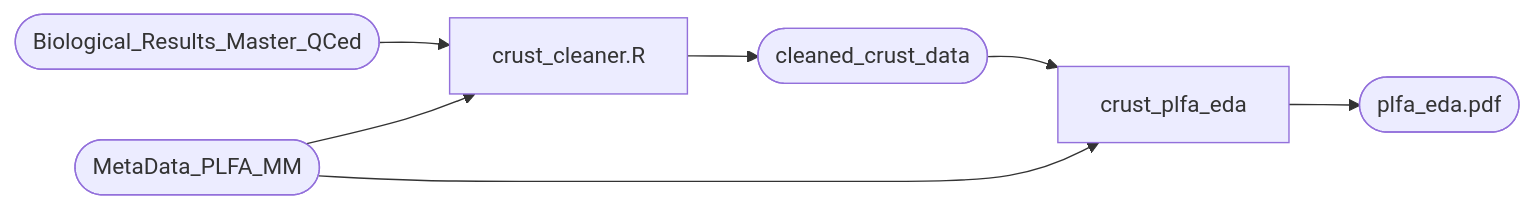
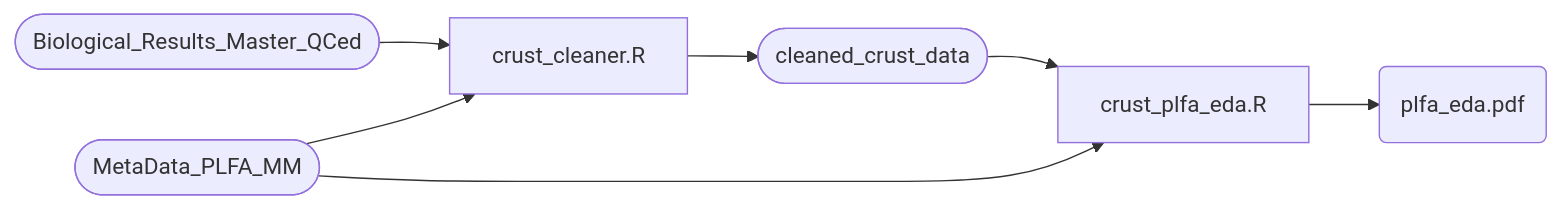
Before and after one commit to dbioinfo/nrcs: the diagram in README.md, drawn with Mermaid.

Commit message:
mermaid chart

````diff
--- a/README.md
+++ b/README.md
@@ -5,9 +5,9 @@
 ```mermaid
 flowchart LR
     A([Biological_Results_Master_QCed]) --> B[crust_cleaner.R]
     C([MetaData_PLFA_MM]) --> B
     B --> D([cleaned_crust_data])
-    D --> E[crust_plfa_eda]
+    D --> E[crust_plfa_eda.R]
     C --> E
-    E --> F([plfa_eda.pdf])
+    E --> F(plfa_eda.pdf)
 ```
````
